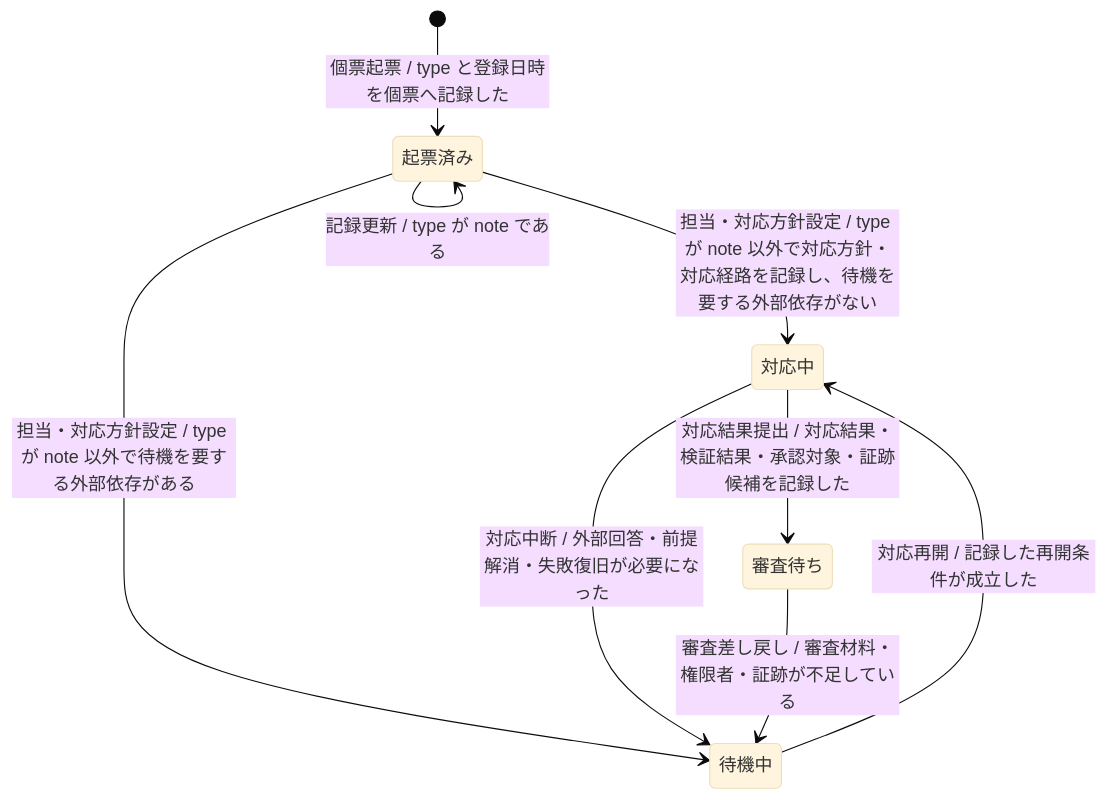
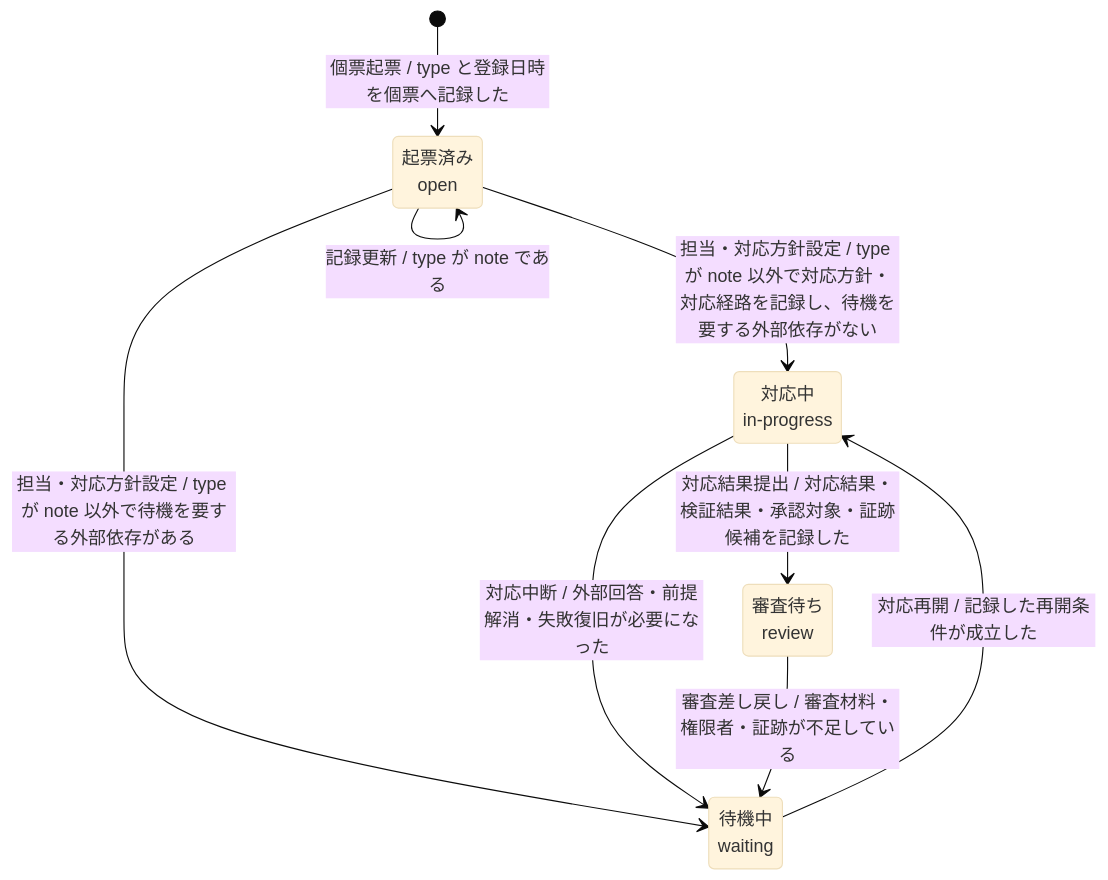
One commit to specdojo/specdojo changed the first of 3 diagrams in docs/ja/product/010-business-specs/020-data-model/stsd-register-entry.md. Above: the diagram before and after it, drawn with Mermaid (base theme). The commit also changed other lines of this file and 5 other files, not shown here.

Commit message:
exec(register PJR-T6P6): stsd-register-entry の冒頭と図の表示名を新しい Kata に合わせる

````diff
--- a/docs/ja/product/010-business-specs/020-data-model/stsd-register-entry.md
+++ b/docs/ja/product/010-business-specs/020-data-model/stsd-register-entry.md
@@ -65,15 +69,15 @@
 ```mermaid
 stateDiagram-v2
-  state "起票済み" as open
-  state "対応中" as in_progress
-  state "待機中" as waiting
-  state "審査待ち" as review
+  state "起票済み<br>open" as open
+  state "対応中<br>in-progress" as in_progress
+  state "待機中<br>waiting" as waiting
+  state "審査待ち<br>review" as review
   [*] --> open : 個票起票 / type と登録日時を個票へ記録した
   open --> open : 記録更新 / type が note である
   open --> in_progress : 担当・対応方針設定 / type が note 以外で対応方針・対応経路を記録し、待機を要する外部依存がない
   open --> waiting : 担当・対応方針設定 / type が note 以外で待機を要する外部依存がある
   in_progress --> waiting : 対応中断 / 外部回答・前提解消・失敗復旧が必要になった
   waiting --> in_progress : 対応再開 / 記録した再開条件が成立した
   in_progress --> review : 対応結果提出 / 対応結果・検証結果・承認対象・証跡候補を記録した
   review --> waiting : 審査差し戻し / 審査材料・権限者・証跡が不足している
 ```
````
